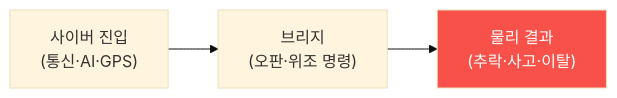
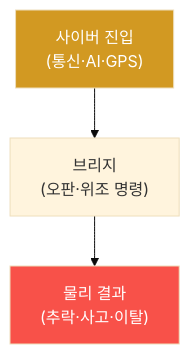
Before and after one commit to mrgrit/tw2: the diagram in contents/training/autonomous-systems/lecture_week08.md, drawn with Mermaid (base theme). The commit also changed other lines of this file, not shown here.

````diff
--- a/contents/training/autonomous-systems/lecture_week08.md
+++ b/contents/training/autonomous-systems/lecture_week08.md
@@ -48,6 +52,7 @@
 ```mermaid
-graph LR
+graph TD
     C["사이버 진입<br/>(통신·AI·GPS)"] --> B["브리지<br/>(오판·위조 명령)"]
     B --> P["물리 결과<br/>(추락·사고·이탈)"]
+    style C fill:#d29922,color:#fff
     style P fill:#f85149,color:#fff
 ```
````
